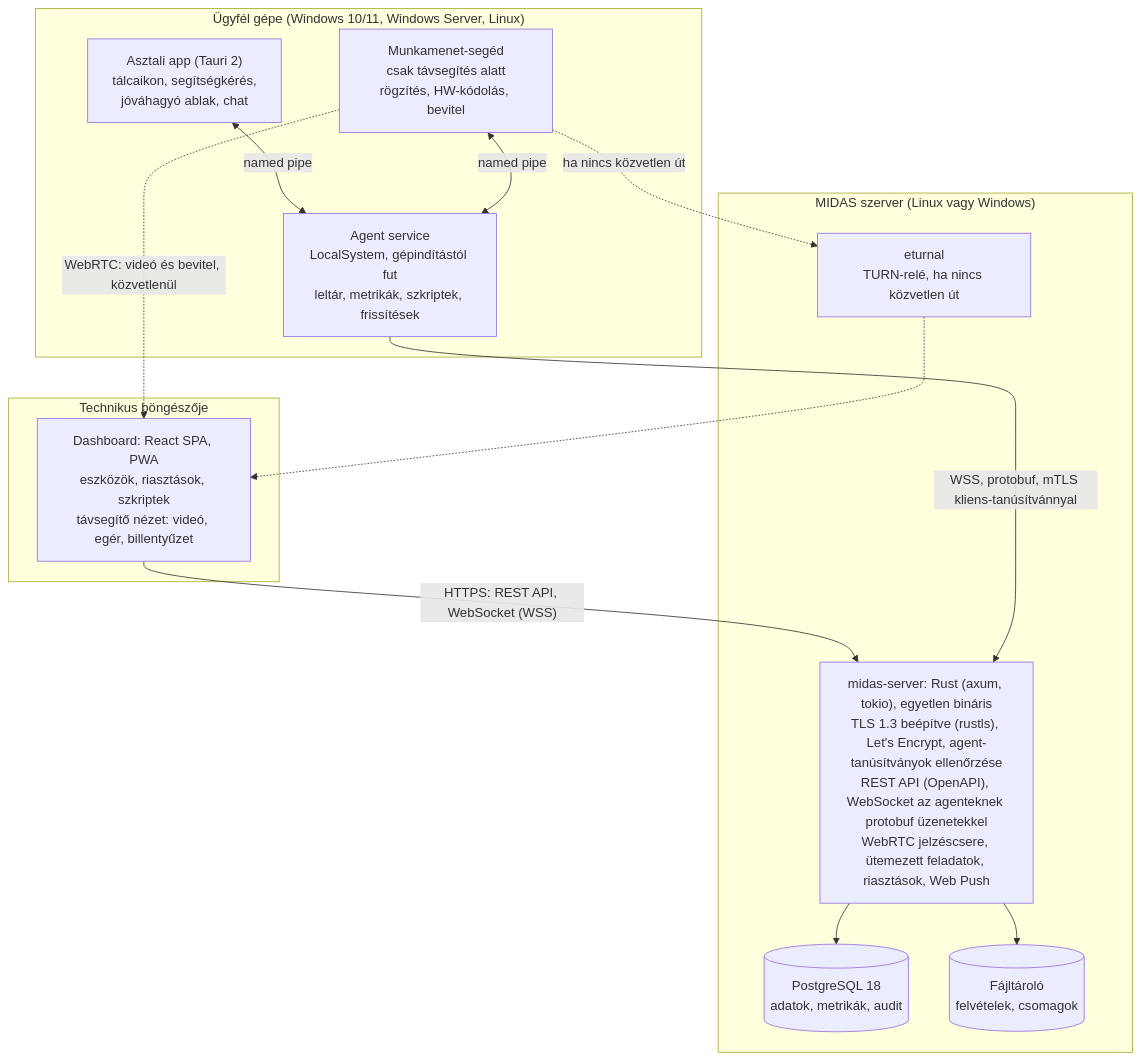
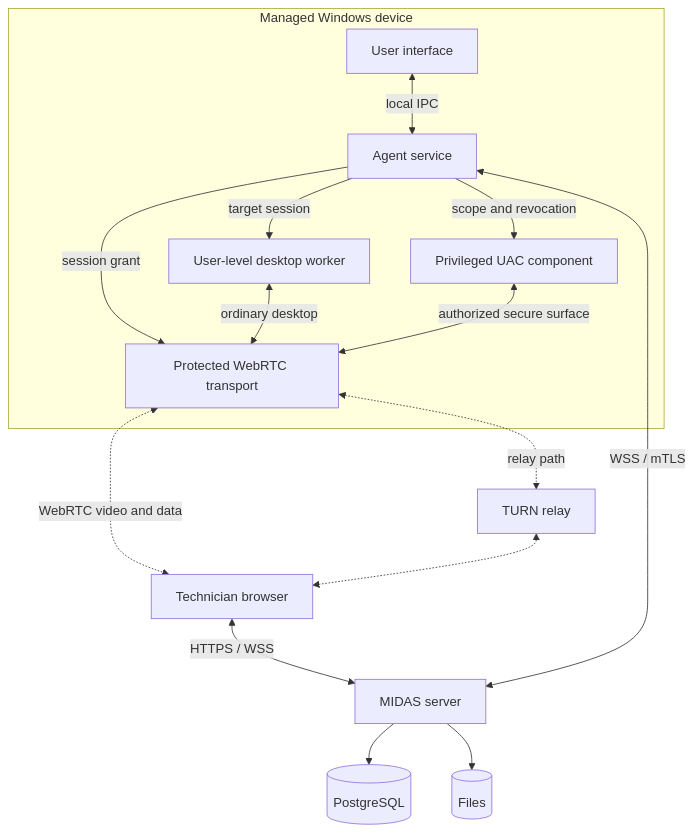
Before and after one commit to Shran21/Midas: the first of 3 diagrams in docs/rendszerterv.md, drawn with Mermaid. The commit also changed other lines of this file and 37 other files, not shown here.

````diff
--- a/docs/rendszerterv.md
+++ b/docs/rendszerterv.md
@@ -81,26 +62,28 @@
 ```mermaid
 flowchart TB
-  subgraph tech["Technikus böngészője"]
-    D["Dashboard: React SPA, PWA<br/>eszközök, riasztások, szkriptek<br/>távsegítő nézet: videó, egér, billentyűzet"]
+  D["Technician browser"]
+  S["MIDAS server"]
+  P[("PostgreSQL")]
+  F[("Files")]
+  T["TURN relay"]
+  subgraph W["Managed Windows device"]
+    A["Agent service"]
+    U["User interface"]
+    N["User-level desktop worker"]
+    H["Protected WebRTC transport"]
+    B["Privileged UAC component"]
   end
-  subgraph srv["MIDAS szerver (Linux vagy Windows)"]
-    S["midas-server: Rust (axum, tokio), egyetlen bináris<br/>TLS 1.3 beépítve (rustls), Let's Encrypt, agent-tanúsítványok ellenőrzése<br/>REST API (OpenAPI), WebSocket az agenteknek protobuf üzenetekkel<br/>WebRTC jelzéscsere, ütemezett feladatok, riasztások, Web Push"]
-    P[("PostgreSQL 18<br/>adatok, metrikák, audit")]
-    F[("Fájltároló<br/>felvételek, csomagok")]
-    T["eturnal<br/>TURN-relé, ha nincs közvetlen út"]
-  end
-  subgraph cl["Ügyfél gépe (Windows 10/11, Windows Server, Linux)"]
-    A["Asztali app (Tauri 2)<br/>tálcaikon, segítségkérés,<br/>jóváhagyó ablak, chat"]
-    SV["Agent service<br/>LocalSystem, gépindítástól fut<br/>leltár, metrikák, szkriptek, frissítések"]
-    H["Munkamenet-segéd<br/>csak távsegítés alatt<br/>rögzítés, HW-kódolás, bevitel"]
-  end
-  D -->|"HTTPS: REST API, WebSocket (WSS)"| S
+  D <-->|"HTTPS / WSS"| S
+  A <-->|"WSS / mTLS"| S
   S --> P
   S --> F
-  SV -->|"WSS, protobuf, mTLS kliens-tanúsítvánnyal"| S
-  A <-->|named pipe| SV
-  H <-->|named pipe| SV
-  H -.->|"WebRTC: videó és bevitel, közvetlenül"| D
-  H -.->|"ha nincs közvetlen út"| T
-  T -.-> D
+  U <-->|"local IPC"| A
+  A -->|"session grant"| H
+  A -->|"scope and revocation"| B
+  A -->|"target session"| N
+  N <-->|"ordinary desktop"| H
+  B <-->|"authorized secure surface"| H
+  H <-.->|"WebRTC video and data"| D
+  H <-.->|"relay path"| T
+  T <-.-> D
 ```
````
